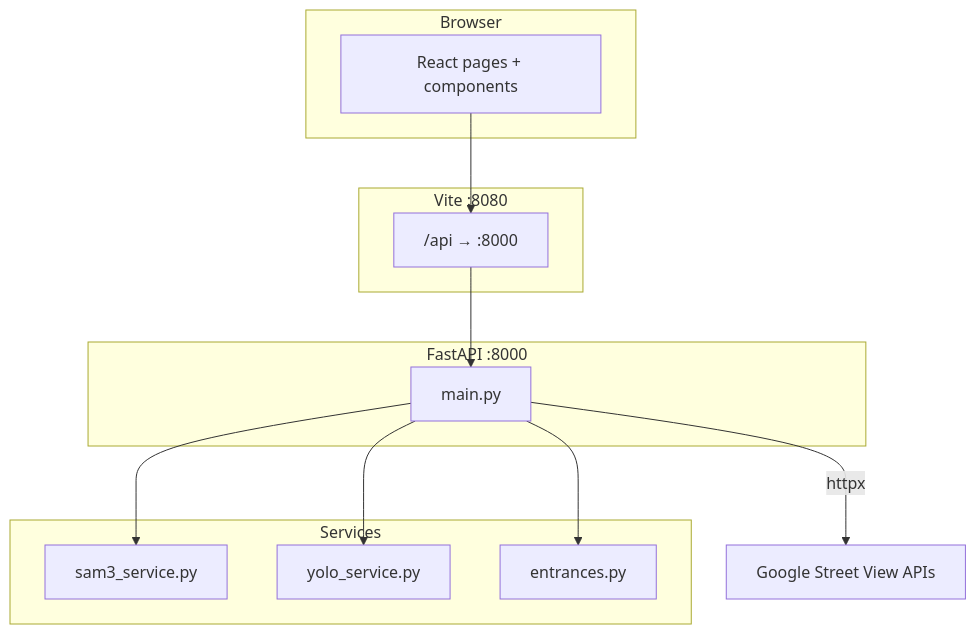
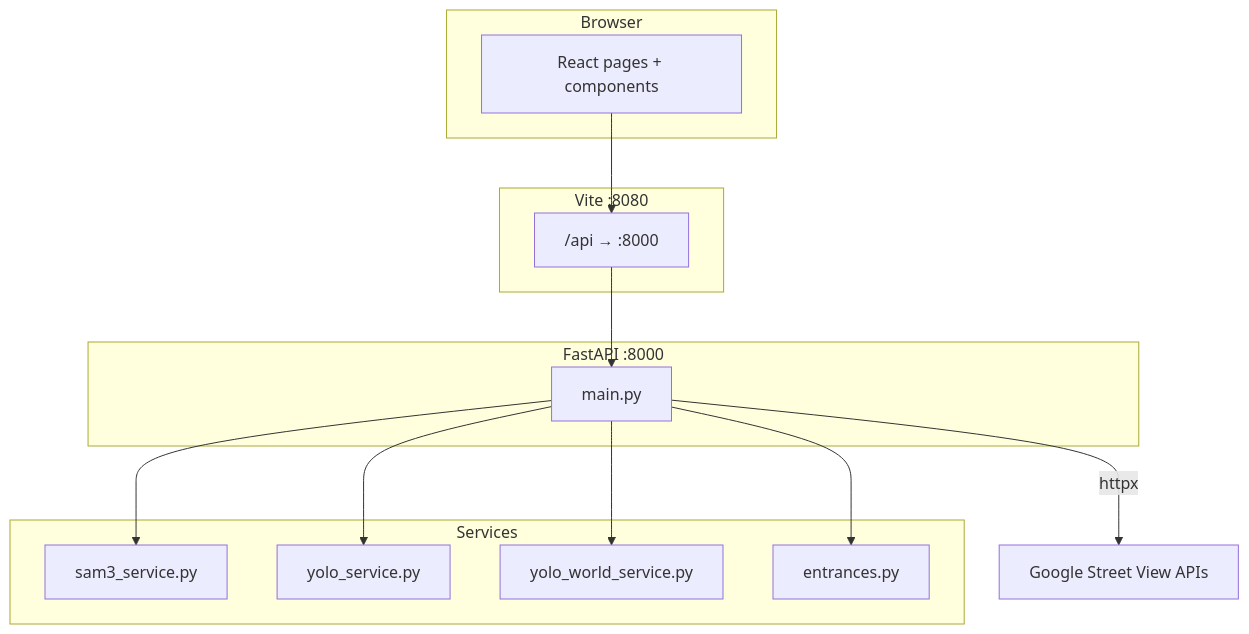
The diagram in README.md (tseten14/CV-Scan-Satellite), drawn with Mermaid before and after one commit. The commit also changed other lines of this file and 17 other files, not shown here.

First line of the commit message:
Backend detection services, YOLO-World, and frontend detection/spatial-sql updates

````diff
--- a/README.md
+++ b/README.md
@@ -68,22 +68,24 @@
 ```mermaid
 flowchart TB
   subgraph Browser
     UI[React pages + components]
   end
   subgraph Vite["Vite :8080"]
     Proxy["/api → :8000"]
   end
   subgraph API["FastAPI :8000"]
     M[main.py]
   end
   subgraph Services
     SAM[sam3_service.py]
     YO[yolo_service.py]
+    YW[yolo_world_service.py]
     EN[entrances.py]
   end
   UI --> Proxy --> M
   M --> SAM
   M --> YO
+  M --> YW
   M --> EN
   M -->|httpx| GSV[Google Street View APIs]
 ```
````
